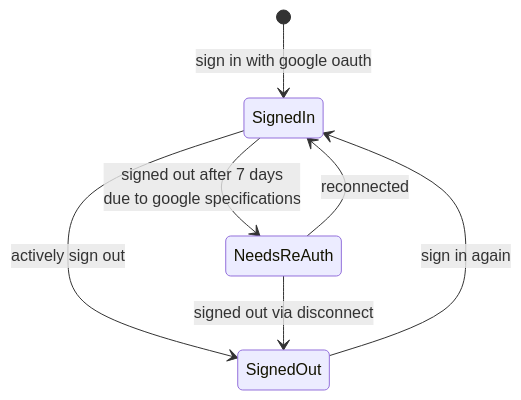
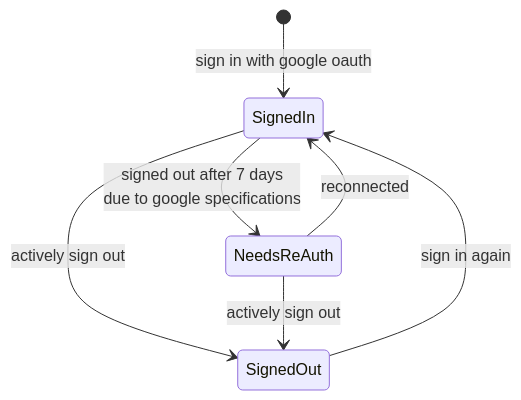
One commit to sabi1125/daily-coding-companion changed the first of 3 diagrams in api-docs/state.md. Above: the diagram before and after it, drawn with Mermaid. The commit also changed 3 other files, not shown here.

````diff
--- a/api-docs/state.md
+++ b/api-docs/state.md
@@ -4,9 +4,9 @@
 ```mermaid
 stateDiagram-v2
 [*] --> SignedIn : sign in with google oauth
 SignedIn --> SignedOut : actively sign out
 SignedIn --> NeedsReAuth : signed out after 7 days <br> due to google specifications
-NeedsReAuth --> SignedOut : signed out via disconnect
+NeedsReAuth --> SignedOut : actively sign out
 NeedsReAuth --> SignedIn : reconnected
 SignedOut --> SignedIn : sign in again
 ```
````
